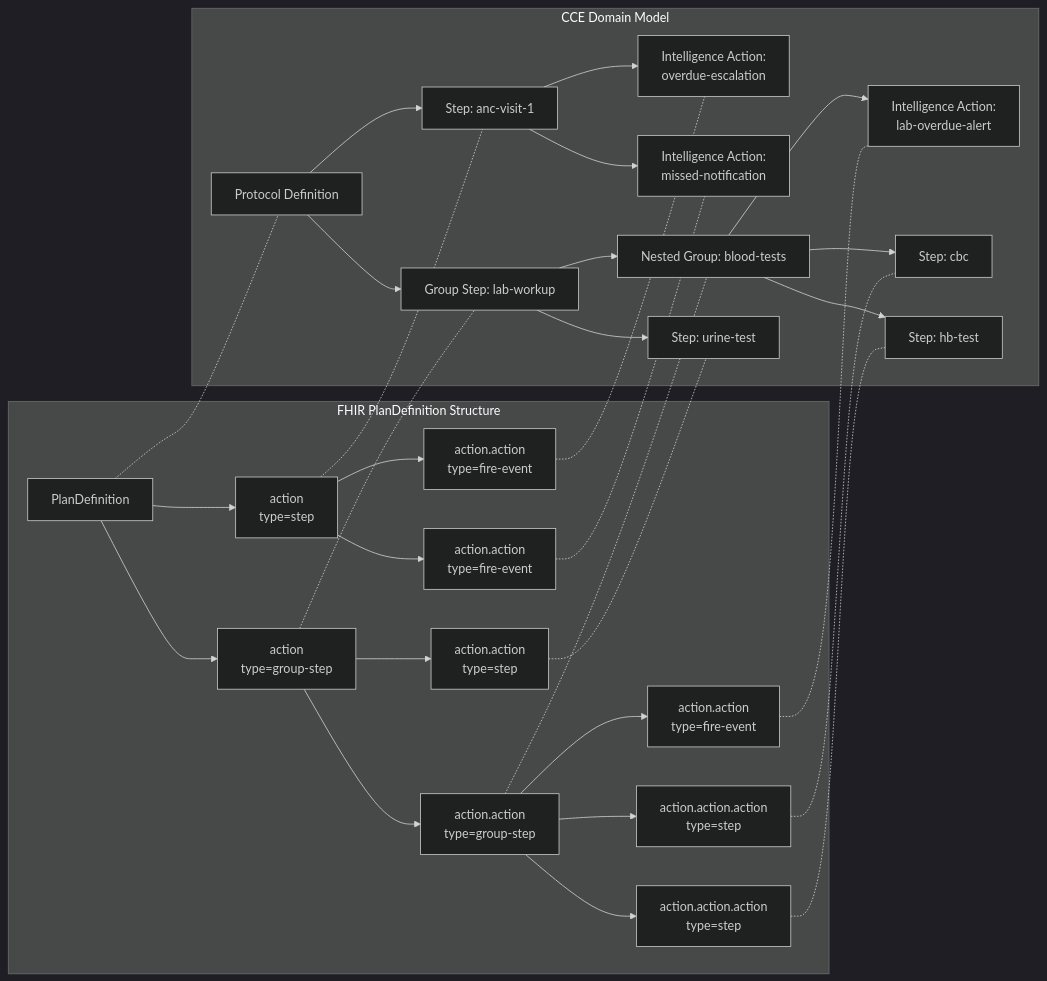
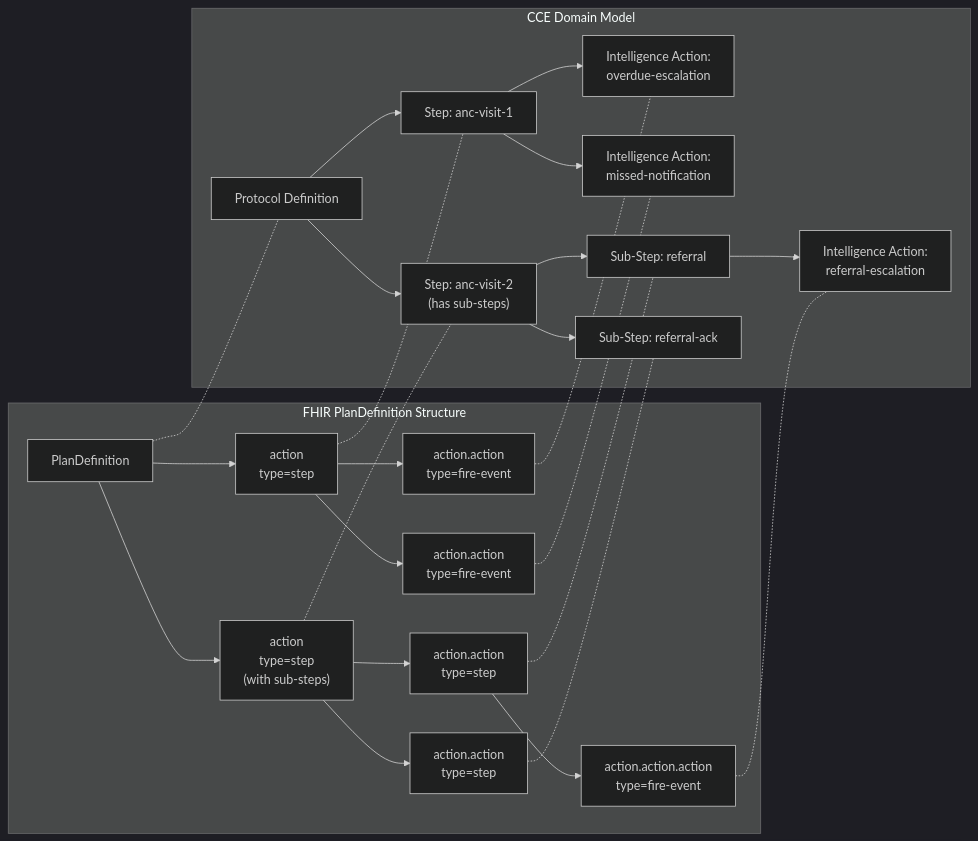
Before and after one commit to Jayaprakash8887/cce-compliance-service: the eighth of 9 diagrams in docs/architecture-overview.md, drawn with Mermaid (dark theme). The commit also changed other lines of this file and 13 other files, not shown here.

First line of the commit message:
Refactor PlanDefinitionParser tests and related classes for step-inside-step structure

````diff
--- a/docs/architecture-overview.md
+++ b/docs/architecture-overview.md
@@ -524,59 +522,49 @@
 ```mermaid
 flowchart LR
     subgraph "FHIR PlanDefinition Structure"
         PD["PlanDefinition"]
         A1["action<br/>type=step"]
-        A2["action<br/>type=group-step"]
+        A2["action<br/>type=step<br/>(with sub-steps)"]
         IA1["action.action<br/>type=fire-event"]
         IA2["action.action<br/>type=fire-event"]  
-        SS1["action.action<br/>type=group-step"]
+        SS1["action.action<br/>type=step"]
         SS2["action.action<br/>type=step"]
-        IA3["action.action<br/>type=fire-event"]
-        SS1A["action.action.action<br/>type=step"]
-        SS1B["action.action.action<br/>type=step"]
+        IA3["action.action.action<br/>type=fire-event"]
 
         PD --> A1
         PD --> A2
         A1 --> IA1
         A1 --> IA2
         A2 --> SS1
         A2 --> SS2
         SS1 --> IA3
-        SS1 --> SS1A
-        SS1 --> SS1B
     end
 
     subgraph "CCE Domain Model"
         PROTO["Protocol Definition"]
         S1["Step: anc-visit-1"]
-        S2["Group Step: lab-workup"]
+        S2["Step: anc-visit-2<br/>(has sub-steps)"]
         R1["Intelligence Action:<br/>overdue-escalation"]
         R2["Intelligence Action:<br/>missed-notification"]
-        SUB1["Nested Group: blood-tests"]
-        SUB2["Step: urine-test"]
-        R3["Intelligence Action:<br/>lab-overdue-alert"]
-        LEAF1["Step: cbc"]
-        LEAF2["Step: hb-test"]
+        SUB1["Sub-Step: referral"]
+        SUB2["Sub-Step: referral-ack"]
+        R3["Intelligence Action:<br/>referral-escalation"]
 
         PROTO --> S1
         PROTO --> S2
         S1 --> R1
         S1 --> R2
         S2 --> SUB1
         S2 --> SUB2
         SUB1 --> R3
-        SUB1 --> LEAF1
-        SUB1 --> LEAF2
     end
 
     PD -.- PROTO
     A1 -.- S1
     A2 -.- S2
     IA1 -.- R1
     IA2 -.- R2
     SS1 -.- SUB1
     SS2 -.- SUB2
     IA3 -.- R3
-    SS1A -.- LEAF1
-    SS1B -.- LEAF2
 ```
````
